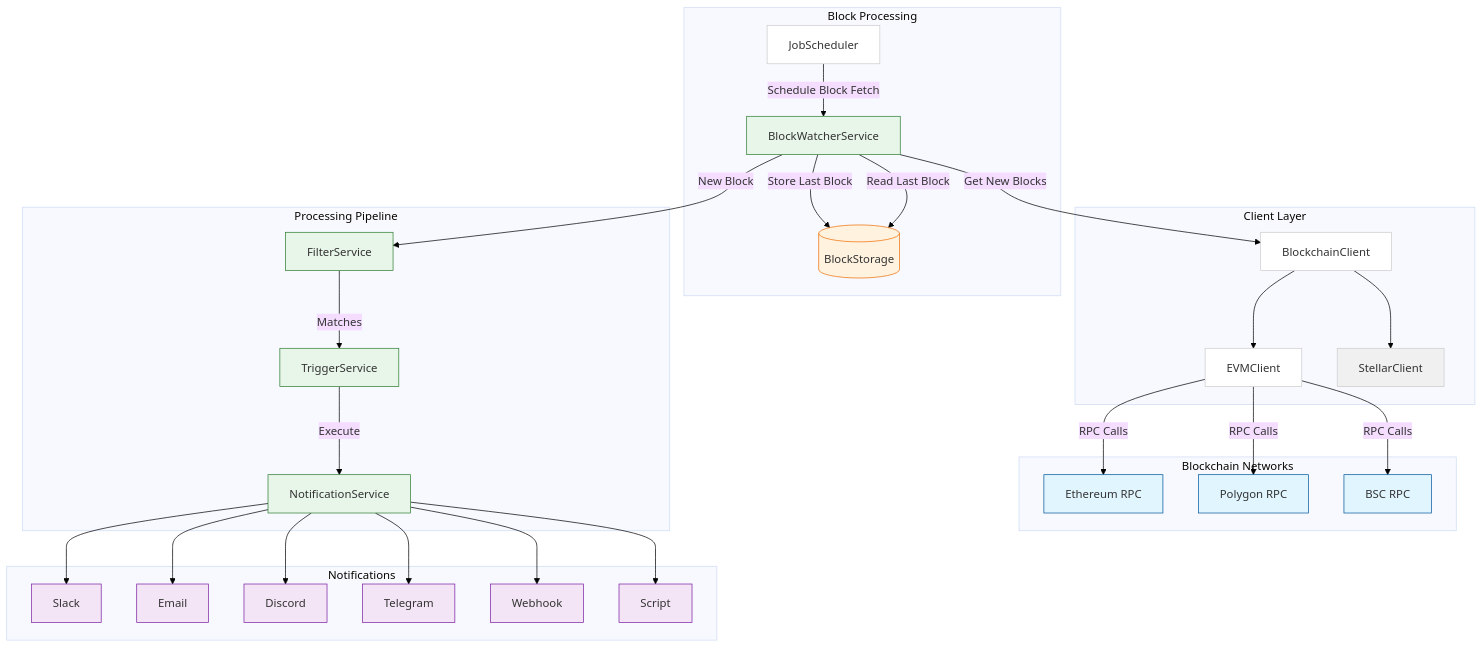
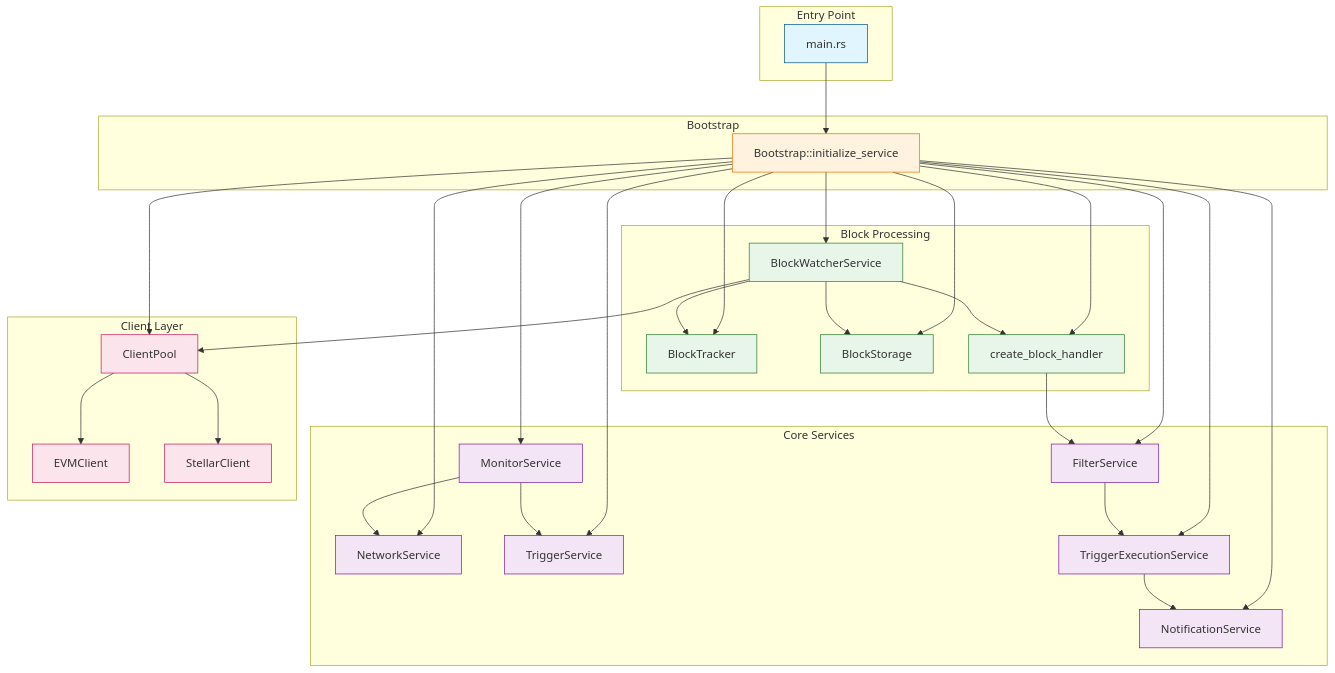
One commit to stevedylandev/openzeppelin-monitor changed the diagram in README.md. Above: the diagram before and after it, drawn with Mermaid. The commit also changed other lines of this file and 1 other file, not shown here.

Commit message:
chore: Update readme file (#302)
* chore: Update readme file

* chore: Fixing mermaid diagram

* chore: Fixing mermaid diagram styles

* chore: Mermaid styles

* chore: Mermaid styles colors

* chore: Delete alpha stage message

* chore: Minor fix for msrv

````diff
--- a/README.md
+++ b/README.md
@@ -55,79 +54,75 @@
 ```mermaid
-%%{init: {
-    'theme': 'base',
-    'themeVariables': {
-        'background': '#ffffff',
-        'mainBkg': '#ffffff',
-        'primaryBorderColor': '#cccccc'
-    }
-}}%%
 graph TD
-    subgraph Blockchain Networks
-        ETH[Ethereum RPC]
-        POL[Polygon RPC]
-        BSC[BSC RPC]
+subgraph Entry Point
+MAIN[main.rs]
+end
+
+    subgraph Bootstrap
+        BOOTSTRAP[Bootstrap::initialize_service]
     end
 
     subgraph Block Processing
-        BW[BlockWatcherService]
-        BS[(BlockStorage)]
-        JS[JobScheduler]
+        BT[BlockTracker]
+        BS[BlockStorage]
+        BWS[BlockWatcherService]
+        BH[create_block_handler]
+    end
+
+    subgraph Core Services
+        MS[MonitorService]
+        NS[NetworkService]
+        TS[TriggerService]
+        FS[FilterService]
+        TES[TriggerExecutionService]
+        NOTS[NotificationService]
     end
 
     subgraph Client Layer
-        BC[BlockchainClient]
-        EVM[EVMClient]
-        STL[StellarClient]
+        CP[ClientPool]
+        EVMC[EVMClient]
+        SC[StellarClient]
     end
 
-    subgraph Processing Pipeline
-        FS[FilterService]
-        TS[TriggerService]
-        NS[NotificationService]
-    end
+    %% Initialization Flow
+    MAIN --> BOOTSTRAP
+    BOOTSTRAP --> CP
+    BOOTSTRAP --> NS
+    BOOTSTRAP --> MS
+    BOOTSTRAP --> TS
+    BOOTSTRAP --> FS
+    BOOTSTRAP --> TES
+    BOOTSTRAP --> NOTS
 
-    subgraph Notifications
-        Slack
-        Email
-        Discord
-        Telegram
-        Webhook
-        Script
-    end
+    %% Block Processing Setup
+    BOOTSTRAP --> BT
+    BOOTSTRAP --> BS
+    BOOTSTRAP --> BWS
+    BOOTSTRAP --> BH
 
-    %% Block Processing Flow
-    JS -->|Schedule Block Fetch| BW
-    BW -->|Store Last Block| BS
-    BW -->|Read Last Block| BS
-    BW -->|Get New Blocks| BC
+    %% Client Dependencies
+    CP --> EVMC
+    CP --> SC
+    BWS --> CP
 
-    %% Client Connections
-    BC --> EVM
-    BC --> STL
-    EVM -->|RPC Calls| ETH
-    EVM -->|RPC Calls| POL
-    EVM -->|RPC Calls| BSC
+    %% Service Dependencies
+    BWS --> BS
+    BWS --> BT
+    MS --> NS
+    MS --> TS
+    FS --> TES
+    TES --> NOTS
 
-    %% Processing Flow
-    BW -->|New Block| FS
-    FS -->|Matches| TS
-    TS -->|Execute| NS
-    NS --> Slack
-    NS --> Email
-    NS --> Discord
-    NS --> Telegram
-    NS --> Webhook
-    NS --> Script
+    %% Block Handler Connection
+    BH --> FS
+    BWS --> BH
 
-    style STL fill:#f0f0f0
+    style MAIN fill:#e1f5fe,stroke:#01579b,color:#333333
+    style BOOTSTRAP fill:#fff3e0,stroke:#ef6c00,color:#333333
+    classDef blockProcessing fill:#e8f5e9,stroke:#2e7d32,color:#333333
+    classDef coreServices fill:#f3e5f5,stroke:#7b1fa2,color:#333333
+    classDef clients fill:#fce4ec,stroke:#c2185b,color:#333333
 
-    classDef rpc fill:#e1f5fe,stroke:#01579b
-    classDef storage fill:#fff3e0,stroke:#ef6c00
-    classDef service fill:#e8f5e9,stroke:#2e7d32
-    classDef notification fill:#f3e5f5,stroke:#7b1fa2
-
-    class ETH,POL,BSC rpc
-    class BS storage
-    class BW,FS,TS,NS service
-    class Slack,Email,Discord,Telegram,Webhook,Script notification
+    class BT,BS,BWS,BH blockProcessing
+    class MS,NS,TS,FS,TES,NOTS coreServices
+    class CP,EVMC,SC clients
 ```
````
